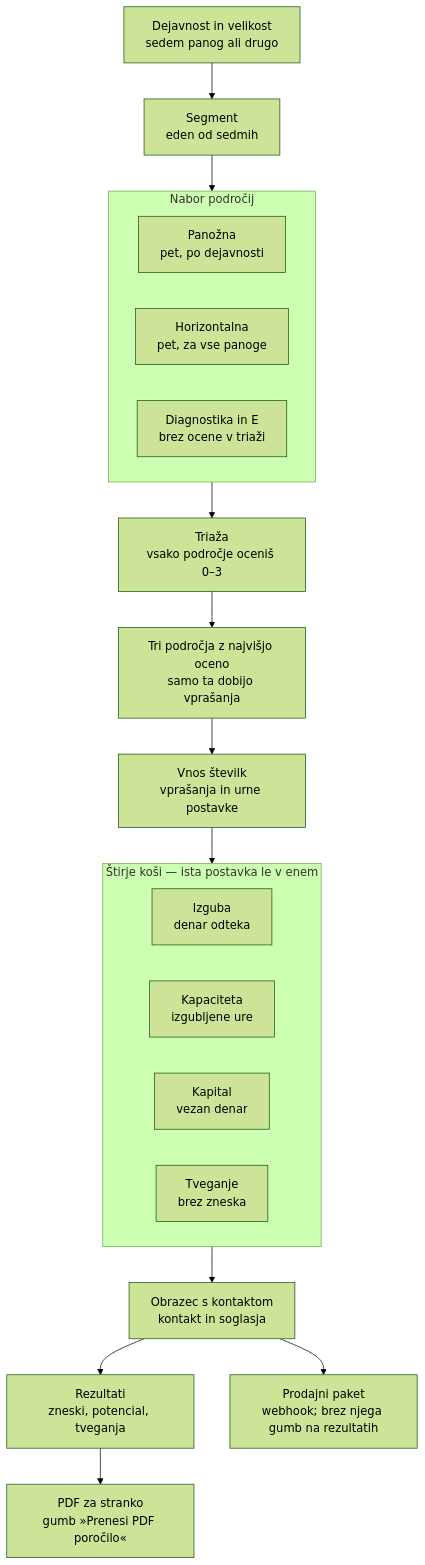
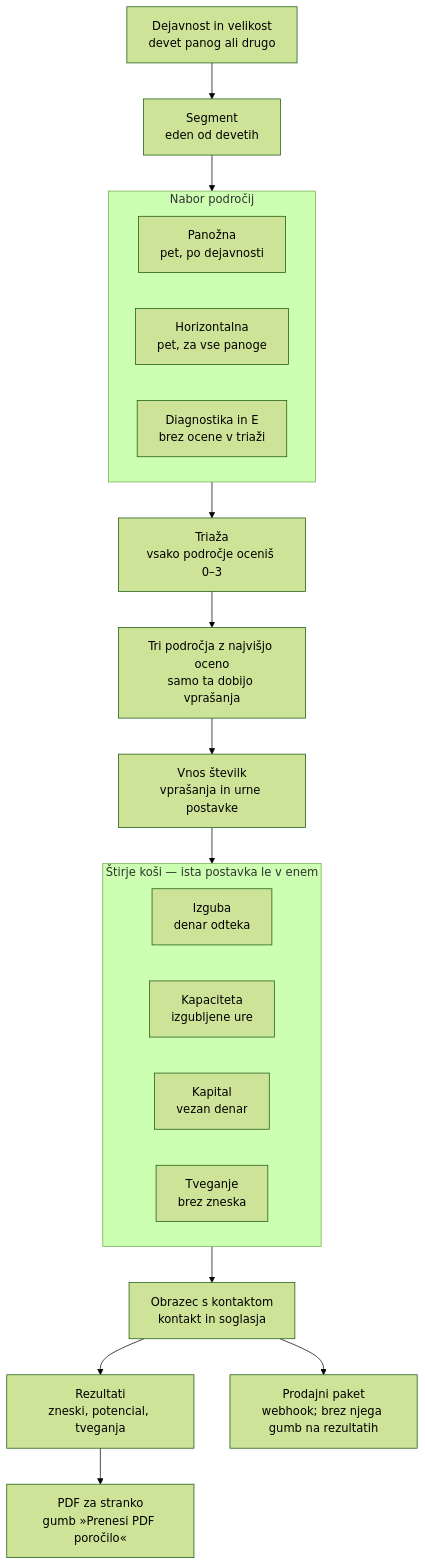
The diagram in README.md (janpavlic16579/leadmagnetdl2), drawn with Mermaid (forest theme) before and after one commit. The commit also changed other lines of this file and 55 other files, not shown here.

````diff
--- a/README.md
+++ b/README.md
@@ -79,30 +95,30 @@
 ```mermaid
 flowchart TD
-    A["Dejavnost in velikost<br/>sedem panog ali drugo"] --> B["Segment<br/>eden od sedmih"]
+    A["Dejavnost in velikost<br/>devet panog ali drugo"] --> B["Segment<br/>eden od devetih"]
     B --> N
 
     subgraph N["Nabor področij"]
         direction LR
         N1["Panožna<br/>pet, po dejavnosti"]
         N2["Horizontalna<br/>pet, za vse panoge"]
         N3["Diagnostika in E<br/>brez ocene v triaži"]
     end
 
     N --> T["Triaža<br/>vsako področje oceniš 0–3"]
     T --> S["Tri področja z najvišjo oceno<br/>samo ta dobijo vprašanja"]
     S --> V["Vnos številk<br/>vprašanja in urne postavke"]
     V --> K
 
     subgraph K["Štirje koši — ista postavka le v enem"]
         direction LR
         K1["Izguba<br/>denar odteka"]
         K2["Kapaciteta<br/>izgubljene ure"]
         K3["Kapital<br/>vezan denar"]
         K4["Tveganje<br/>brez zneska"]
     end
 
     K --> M["Obrazec s kontaktom<br/>kontakt in soglasja"]
     M --> R["Rezultati<br/>zneski, potencial, tveganja"]
     R --> P1["PDF za stranko<br/>gumb »Prenesi PDF poročilo«"]
     M --> P2["Prodajni paket<br/>webhook; brez njega gumb na rezultatih"]
 ```
````
